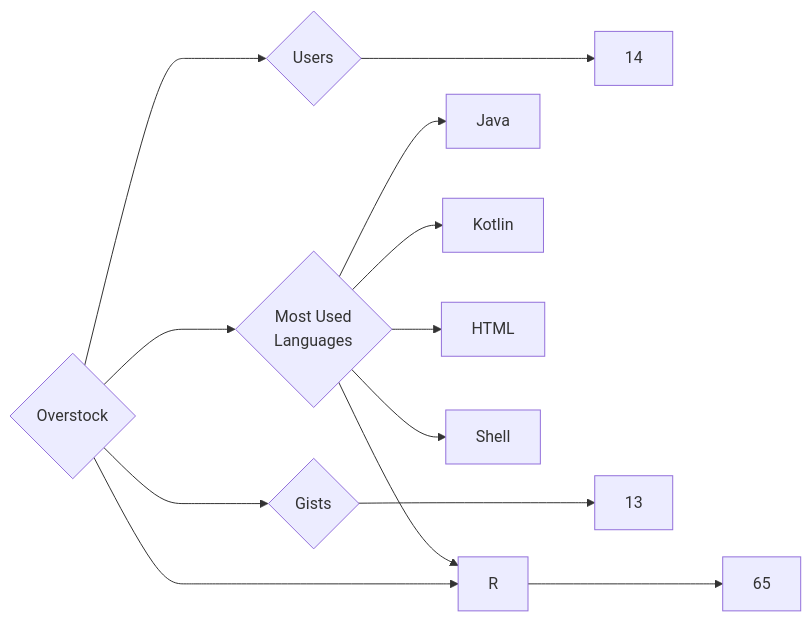
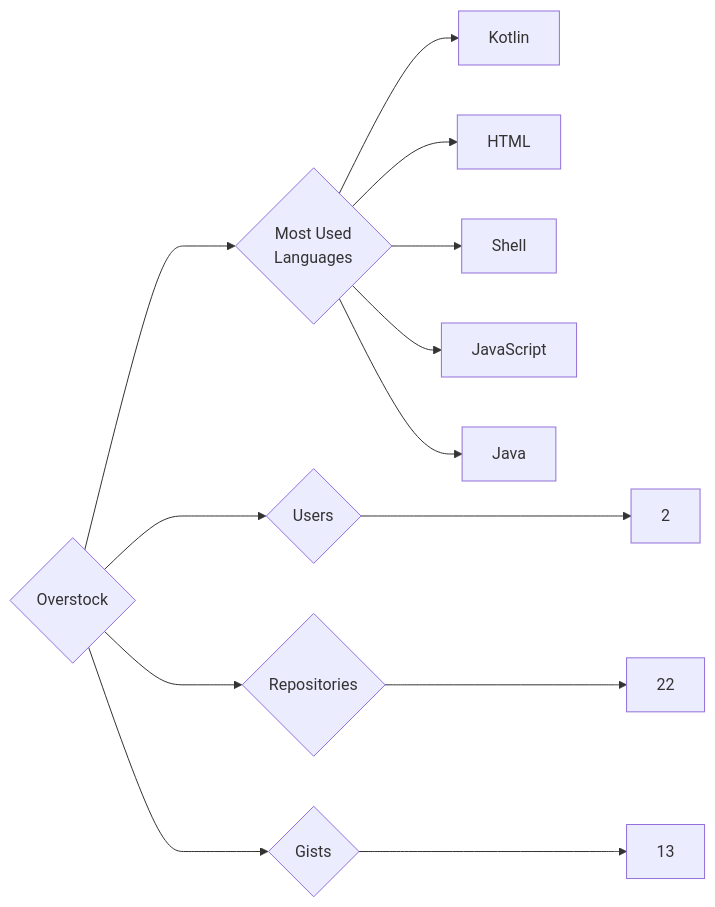
One commit to trickest/insiders changed the diagram in targets/Overstock/README.md. Above: the diagram before and after it, drawn with Mermaid. The commit also changed 770 other files, not shown here.

````diff
--- a/targets/Overstock/README.md
+++ b/targets/Overstock/README.md
@@ -3,13 +3,13 @@
 ```mermaid
 graph LR
 COMPANY_NAME{Overstock}
-COMPANY_NAME ---> U{Users} ---> UN[14]
-COMPANY_NAME ---> R{Repositories} ---> RN[65]
+COMPANY_NAME ---> U{Users} ---> UN[2]
+COMPANY_NAME ---> R{Repositories} ---> RN[22]
 COMPANY_NAME ---> G{Gists} ---> GN[13]
 COMPANY_NAME ---> ML{Most Used<br>Languages}
-ML --> Java[Java]
-ML --> R[R]
 ML --> Kotlin[Kotlin]
 ML --> HTML[HTML]
 ML --> Shell[Shell]
+ML --> JavaScript[JavaScript]
+ML --> Java[Java]
 ```
````
